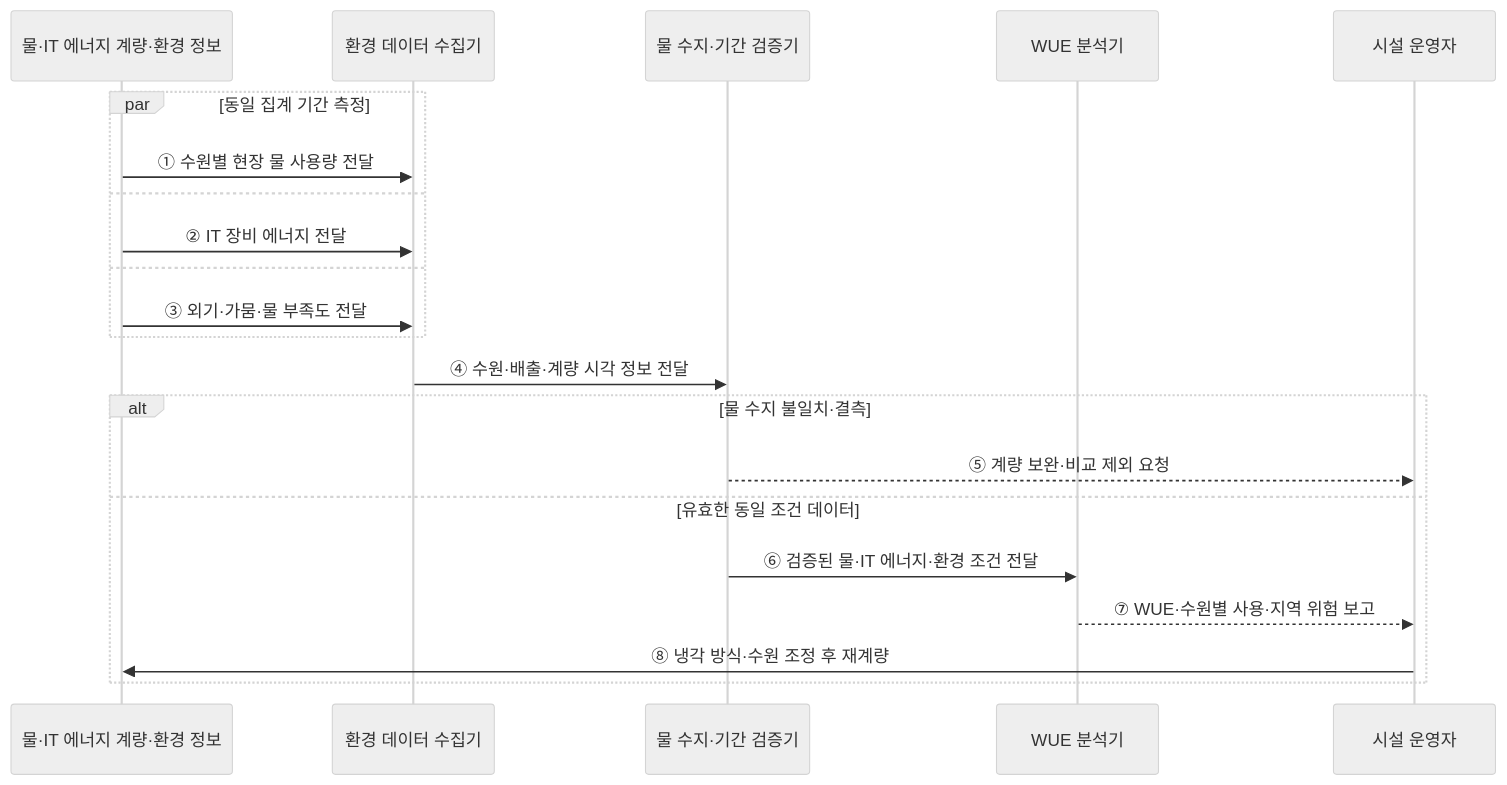
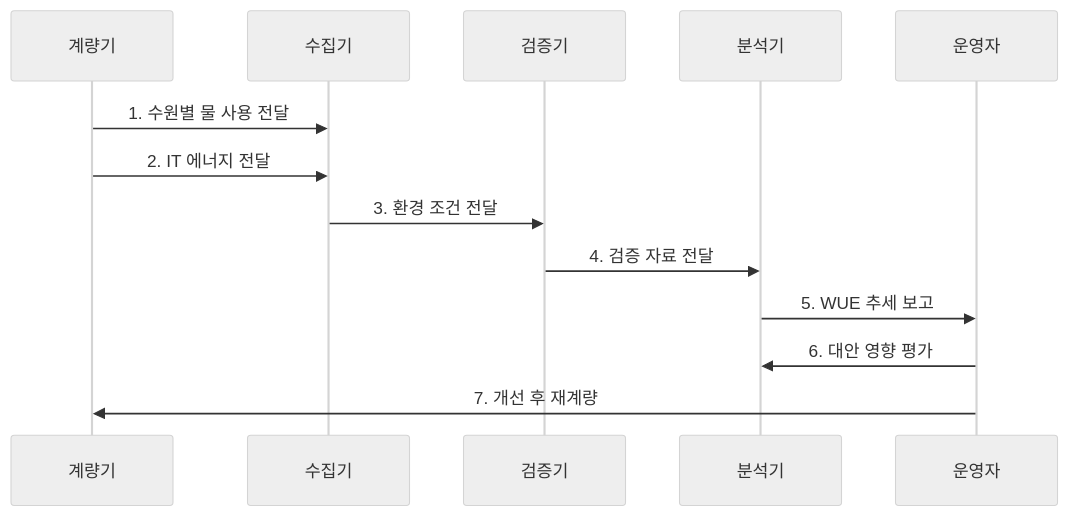
The second of 2 diagrams in src/content/docs/notes/02-hardware/059_water_usage_effectiveness.md (agnusdei1207/knowledge-base), drawn with Mermaid (neutral theme) before and after one commit. The commit also changed other lines of this file and 20 other files, not shown here.

````diff
--- a/src/content/docs/notes/02-hardware/059_water_usage_effectiveness.md
+++ b/src/content/docs/notes/02-hardware/059_water_usage_effectiveness.md
@@ -80,24 +87,16 @@
 ```mermaid
 sequenceDiagram
-    participant E as 물·IT 에너지 계량·환경 정보
-    participant C as 환경 데이터 수집기
-    participant V as 물 수지·기간 검증기
-    participant A as WUE 분석기
-    participant O as 시설 운영자
+    participant M as 계량기
+    participant C as 수집기
+    participant V as 검증기
+    participant A as 분석기
+    participant O as 운영자
 
-    par 동일 집계 기간 측정
-        E->>C: ① 수원별 현장 물 사용량 전달
-    and
-        E->>C: ② IT 장비 에너지 전달
-    and
-        E->>C: ③ 외기·가뭄·물 부족도 전달
-    end
-    C->>V: ④ 수원·배출·계량 시각 정보 전달
-    alt 물 수지 불일치·결측
-        V-->>O: ⑤ 계량 보완·비교 제외 요청
-    else 유효한 동일 조건 데이터
-        V->>A: ⑥ 검증된 물·IT 에너지·환경 조건 전달
-        A-->>O: ⑦ WUE·수원별 사용·지역 위험 보고
-        O->>E: ⑧ 냉각 방식·수원 조정 후 재계량
-    end
+    M->>C: 1. 수원별 물 사용 전달
+    M->>C: 2. IT 에너지 전달
+    C->>V: 3. 환경 조건 전달
+    V->>A: 4. 검증 자료 전달
+    A->>O: 5. WUE 추세 보고
+    O->>A: 6. 대안 영향 평가
+    O->>M: 7. 개선 후 재계량
 ```
````
